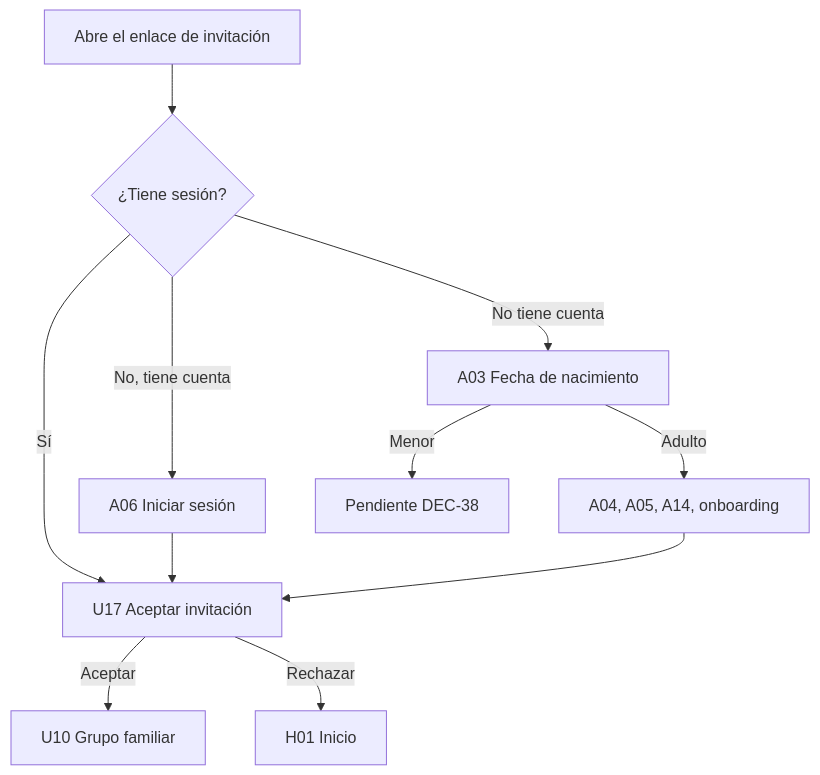
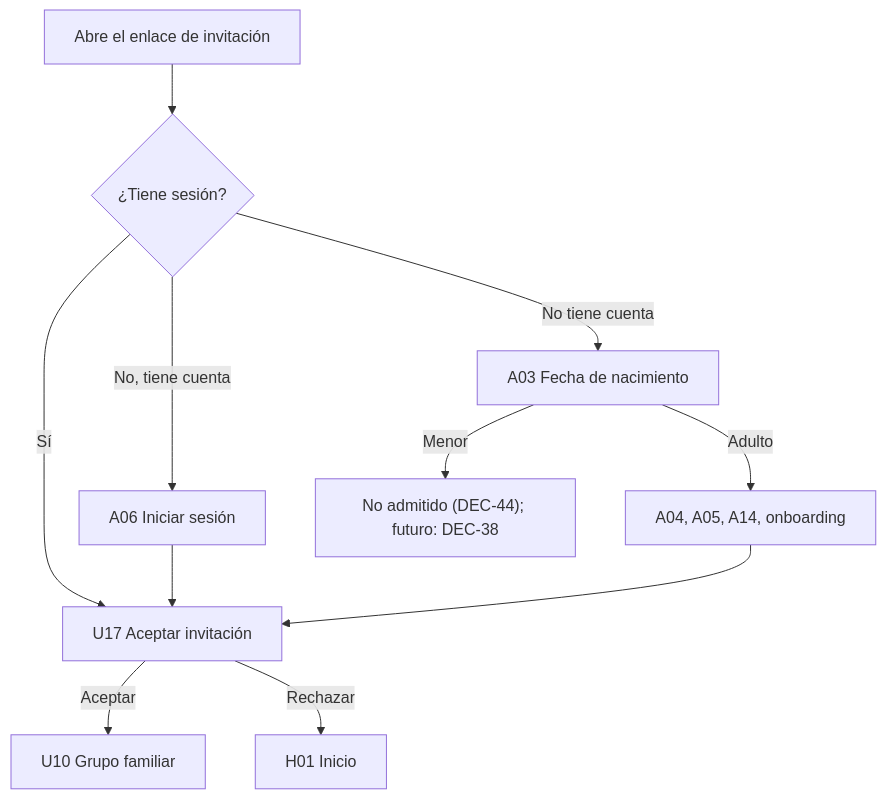
Before and after one commit to Andrewycloude/Aplicacion-FITNNES: the fourth of 4 diagrams in docs/05-MAPA-NAVEGACION-v0.2-PROPUESTA.md, drawn with Mermaid. The commit also changed other lines of this file and 3 other files, not shown here.

````diff
--- a/docs/05-MAPA-NAVEGACION-v0.2-PROPUESTA.md
+++ b/docs/05-MAPA-NAVEGACION-v0.2-PROPUESTA.md
@@ -609,11 +636,11 @@
 ```mermaid
 flowchart TD
     LINK["Abre el enlace de invitación"] --> SES{"¿Tiene sesión?"}
     SES -- "Sí" --> U17["U17 Aceptar invitación"]
     SES -- "No, tiene cuenta" --> A06["A06 Iniciar sesión"] --> U17
     SES -- "No tiene cuenta" --> A03["A03 Fecha de nacimiento"]
     A03 -- "Adulto" --> REG["A04, A05, A14, onboarding"] --> U17
-    A03 -- "Menor" --> PEND["Pendiente DEC-38"]
+    A03 -- "Menor" --> PEND["No admitido (DEC-44); futuro: DEC-38"]
     U17 -- "Aceptar" --> U10["U10 Grupo familiar"]
     U17 -- "Rechazar" --> H01["H01 Inicio"]
 ```
````
